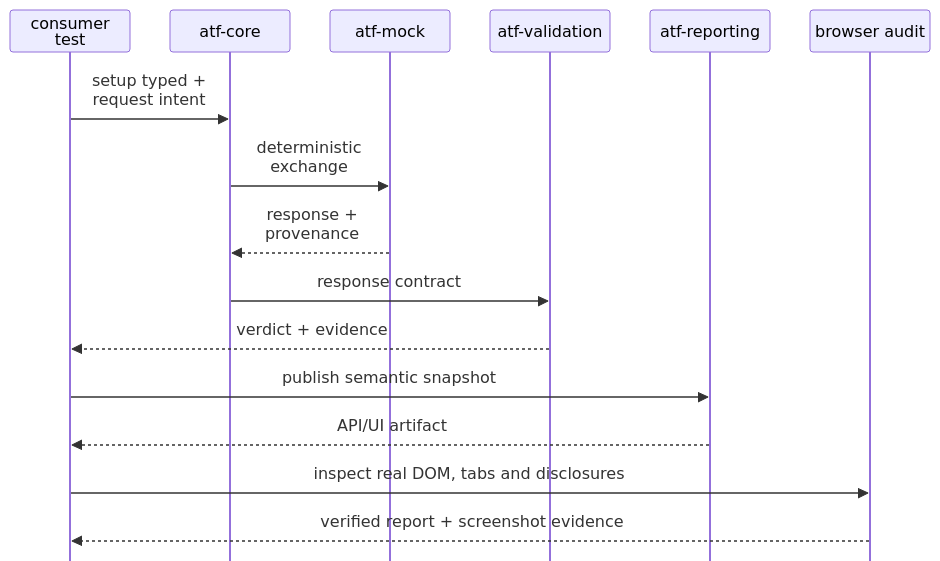
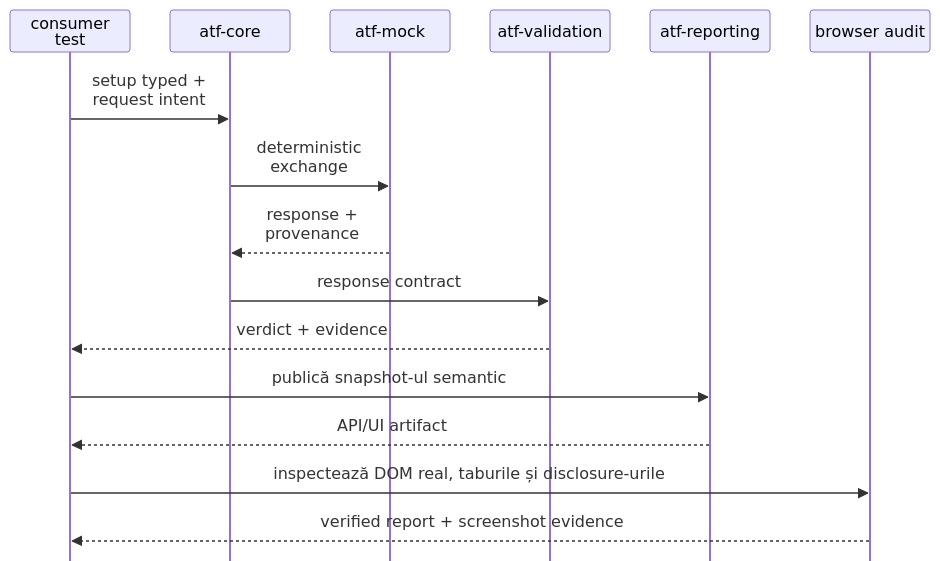
Before and after one commit to crististefanita/atf_j0: the sixth of 7 diagrams in README.md, drawn with Mermaid. The commit also changed other lines of this file and 113 other files, not shown here.

````diff
--- a/README.md
+++ b/README.md
@@ -298,20 +293,20 @@
 ```mermaid
 %%{init: {"themeVariables":{"fontSize":"15px","actorFontSize":"15px","messageFontSize":"12px","noteFontSize":"12px"},"themeCSS":".actor { font-size: 15px !important; } .messageText, .labelText, .loopText, .noteText { font-size: 12px !important; }","sequence":{"actorFontSize":15,"messageFontSize":12,"noteFontSize":12,"width":120,"height":42,"actorMargin":40,"messageMargin":24,"mirrorActors":false,"wrap":true,"wrapPadding":6}}}%%
 sequenceDiagram
     participant T as consumer test
     participant C as atf-core
     participant M as atf-mock
     participant V as atf-validation
     participant R as atf-reporting
     participant B as browser audit
 
     T->>C: setup typed + request intent
     C->>M: deterministic exchange
     M-->>C: response + provenance
     C->>V: response contract
     V-->>T: verdict + evidence
-    T->>R: publish semantic snapshot
+    T->>R: publică snapshot-ul semantic
     R-->>T: API/UI artifact
-    T->>B: inspect real DOM, tabs and disclosures
+    T->>B: inspectează DOM real, taburile și disclosure-urile
     B-->>T: verified report + screenshot evidence
 ```
````
